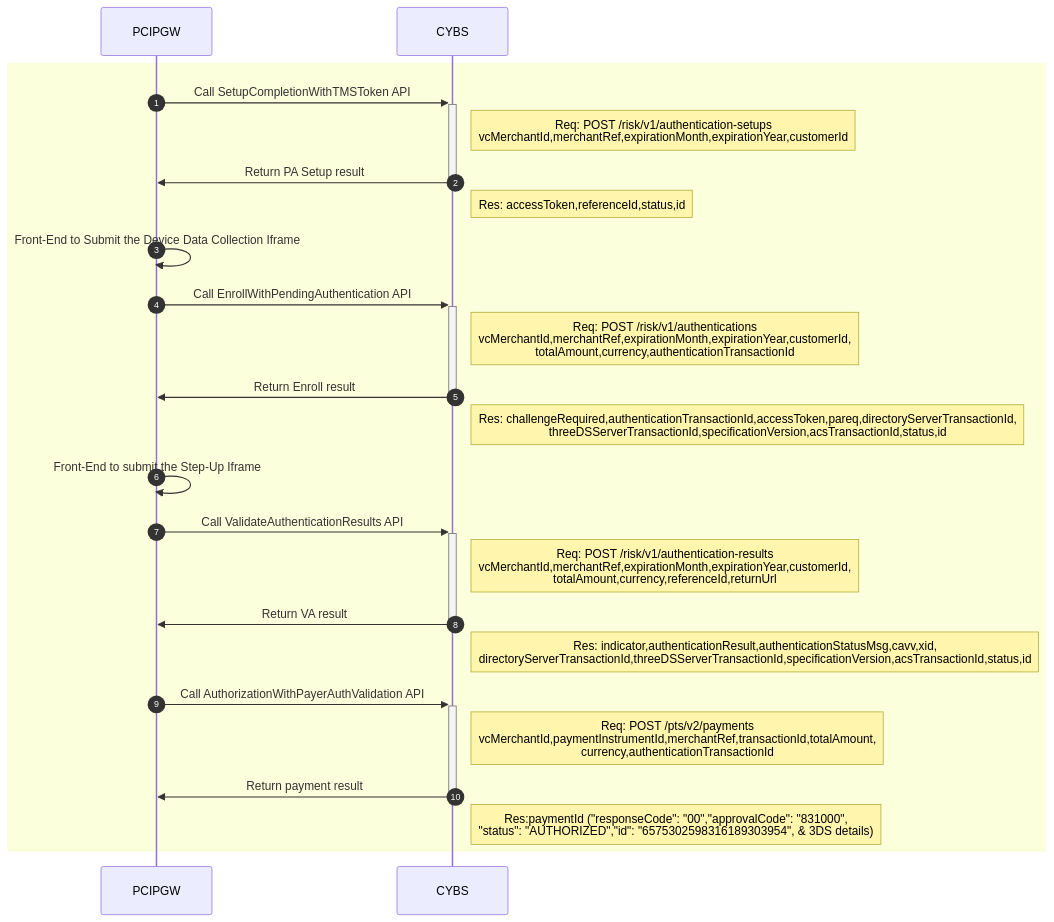
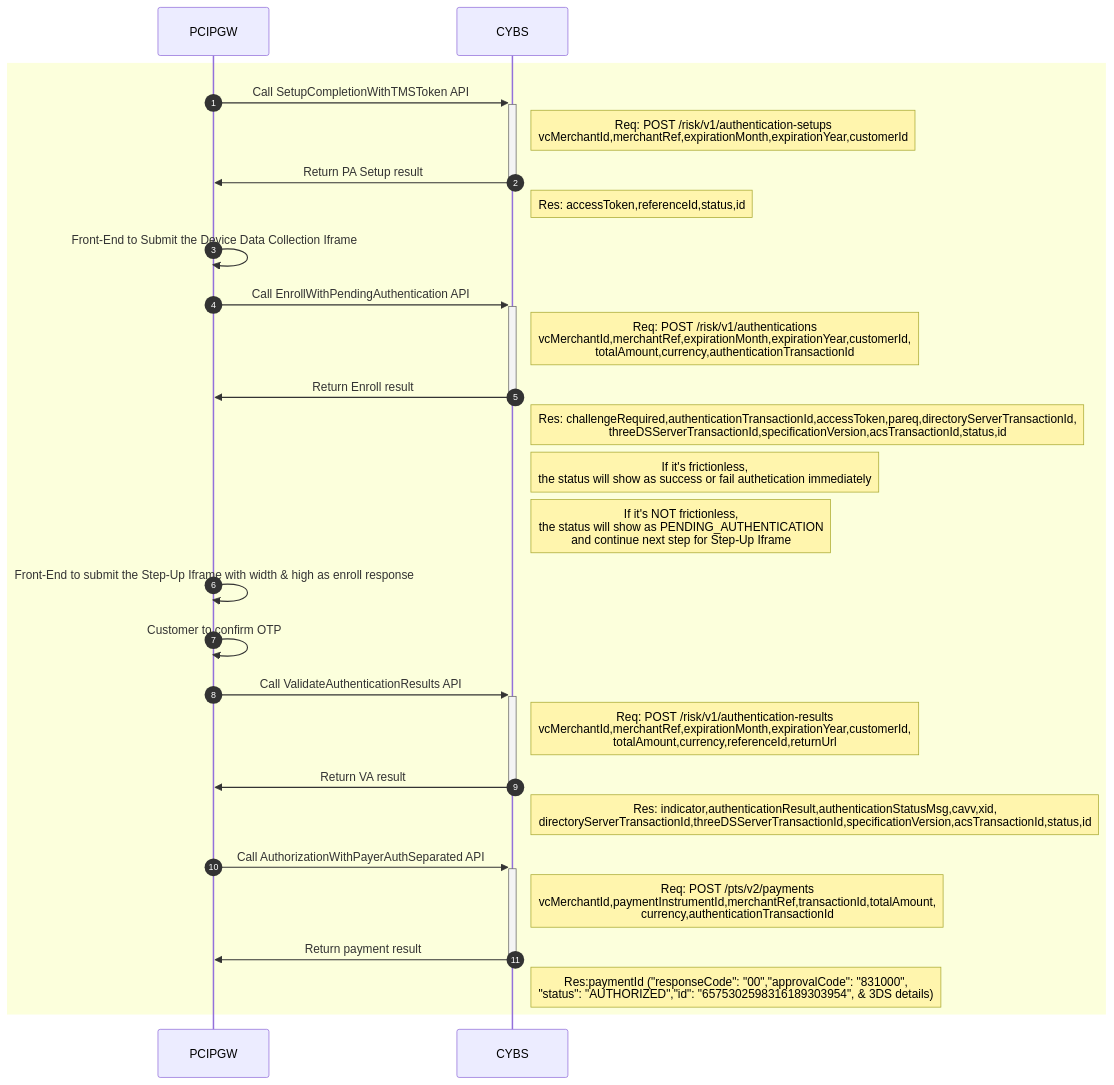
The fifth of 10 diagrams in Cybs-Ph2-Flow3.md (yuusuke25/MyNotes), drawn with Mermaid before and after one commit. The commit also changed other lines of this file, not shown here.

````diff
--- a/Cybs-Ph2-Flow3.md
+++ b/Cybs-Ph2-Flow3.md
@@ -92,29 +92,35 @@
 ```mermaid
     sequenceDiagram
     autonumber
         rect rgb(252, 255, 220)
             PCIPGW->>+CYBS:Call SetupCompletionWithTMSToken API
             Note right of CYBS: Req: POST /risk/v1/authentication-setups<br>vcMerchantId,merchantRef,expirationMonth,expirationYear,customerId
             CYBS->>-PCIPGW:Return PA Setup result
             Note right of CYBS: Res: accessToken,referenceId,status,id
             
             PCIPGW->>PCIPGW: Front-End to Submit the Device Data Collection Iframe
             
             PCIPGW->>+CYBS:Call EnrollWithPendingAuthentication API
             Note right of CYBS: Req: POST /risk/v1/authentications<br>vcMerchantId,merchantRef,expirationMonth,expirationYear,customerId,<br>totalAmount,currency,authenticationTransactionId
             CYBS->>-PCIPGW:Return Enroll result
             Note right of CYBS: Res: challengeRequired,authenticationTransactionId,accessToken,pareq,directoryServerTransactionId,<br>threeDSServerTransactionId,specificationVersion,acsTransactionId,status,id
             
-            PCIPGW->>PCIPGW: Front-End to submit the Step-Up Iframe
+            Note right of CYBS: If it's frictionless,<br> the status will show as success or fail authetication immediately
+            
+            Note right of CYBS: If it's NOT frictionless,<br> the status will show as PENDING_AUTHENTICATION<br> and continue next step for Step-Up Iframe
+            
+            PCIPGW->>PCIPGW: Front-End to submit the Step-Up Iframe with width & high as enroll response
+            
+            PCIPGW->>PCIPGW: Customer to confirm OTP
             
             PCIPGW->>+CYBS:Call ValidateAuthenticationResults API
             Note right of CYBS: Req: POST /risk/v1/authentication-results<br>vcMerchantId,merchantRef,expirationMonth,expirationYear,customerId,<br>totalAmount,currency,referenceId,returnUrl
             CYBS->>-PCIPGW:Return VA result
             Note right of CYBS: Res: indicator,authenticationResult,authenticationStatusMsg,cavv,xid,<br>directoryServerTransactionId,threeDSServerTransactionId,specificationVersion,acsTransactionId,status,id
             
-            PCIPGW->>+CYBS:Call AuthorizationWithPayerAuthValidation API
+            PCIPGW->>+CYBS:Call AuthorizationWithPayerAuthSeparated API
             Note right of CYBS: Req: POST /pts/v2/payments<br>vcMerchantId,paymentInstrumentId,merchantRef,transactionId,totalAmount,<br>currency,authenticationTransactionId
             CYBS->>-PCIPGW:Return payment result
             Note right of CYBS: Res:paymentId ("responseCode": "00","approvalCode": "831000",<BR>"status": "AUTHORIZED","id": "6575302598316189303954", & 3DS details)
         end
 ```
````
